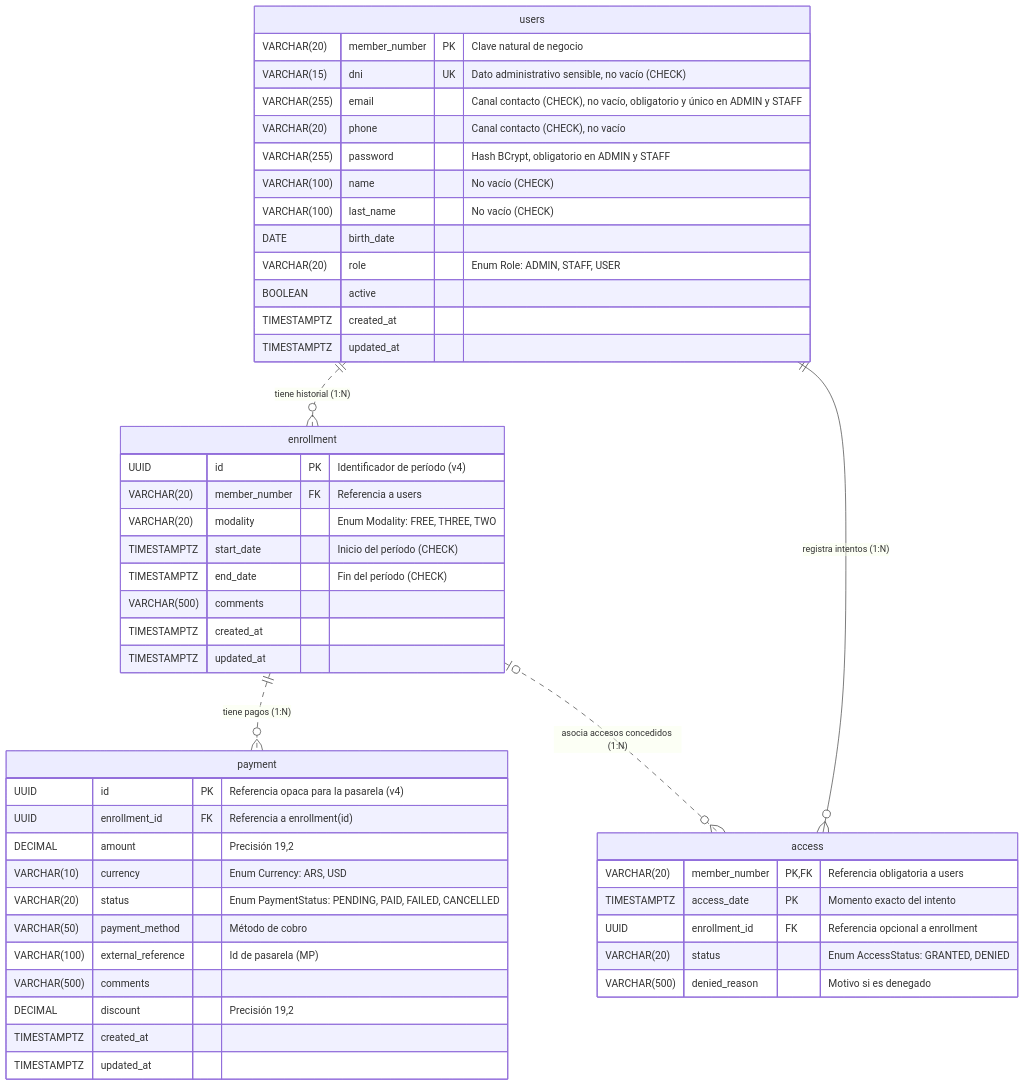
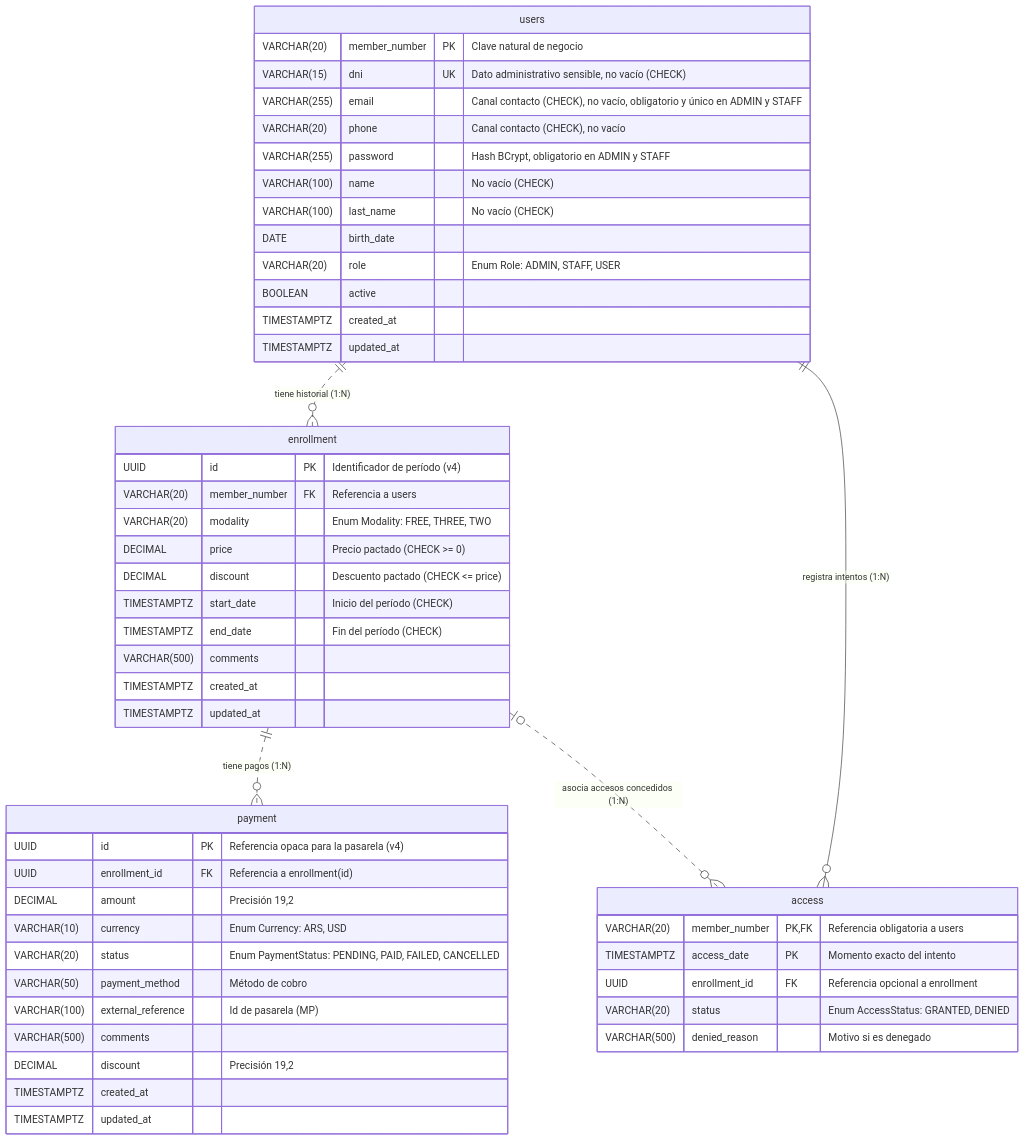
One commit to santiagovOK/TFI_grupo144 changed the diagram in docs/entidades.md. Above: the diagram before and after it, drawn with Mermaid. The commit also changed other lines of this file and 2 other files, not shown here.

Commit message:
refactor(schema): add price and discount fields with integrity constraints

````diff
--- a/docs/entidades.md
+++ b/docs/entidades.md
@@ -7,51 +7,53 @@
 ```mermaid
 erDiagram
     users {
         VARCHAR(20) member_number PK "Clave natural de negocio"
         VARCHAR(15) dni UK "Dato administrativo sensible, no vacío (CHECK)"
         VARCHAR(255) email "Canal contacto (CHECK), no vacío, obligatorio y único en ADMIN y STAFF"
         VARCHAR(20) phone "Canal contacto (CHECK), no vacío"
         VARCHAR(255) password "Hash BCrypt, obligatorio en ADMIN y STAFF"
         VARCHAR(100) name "No vacío (CHECK)"
         VARCHAR(100) last_name "No vacío (CHECK)"
         DATE birth_date
         VARCHAR(20) role "Enum Role: ADMIN, STAFF, USER"
         BOOLEAN active
         TIMESTAMPTZ created_at
         TIMESTAMPTZ updated_at
     }
     enrollment {
         UUID id PK "Identificador de período (v4)"
         VARCHAR(20) member_number FK "Referencia a users"
         VARCHAR(20) modality "Enum Modality: FREE, THREE, TWO"
+        DECIMAL price "Precio pactado (CHECK >= 0)"
+        DECIMAL discount "Descuento pactado (CHECK <= price)"
         TIMESTAMPTZ start_date "Inicio del período (CHECK)"
         TIMESTAMPTZ end_date "Fin del período (CHECK)"
         VARCHAR(500) comments
         TIMESTAMPTZ created_at
         TIMESTAMPTZ updated_at
     }
     payment {
         UUID id PK "Referencia opaca para la pasarela (v4)"
         UUID enrollment_id FK "Referencia a enrollment(id)"
         DECIMAL amount "Precisión 19,2"
         VARCHAR(10) currency "Enum Currency: ARS, USD"
         VARCHAR(20) status "Enum PaymentStatus: PENDING, PAID, FAILED, CANCELLED"
         VARCHAR(50) payment_method "Método de cobro"
         VARCHAR(100) external_reference "Id de pasarela (MP)"
         VARCHAR(500) comments
         DECIMAL discount "Precisión 19,2"
         TIMESTAMPTZ created_at
         TIMESTAMPTZ updated_at
     }
     access {
         VARCHAR(20) member_number PK,FK "Referencia obligatoria a users"
         TIMESTAMPTZ access_date PK "Momento exacto del intento"
         UUID enrollment_id FK "Referencia opcional a enrollment"
         VARCHAR(20) status "Enum AccessStatus: GRANTED, DENIED"
         VARCHAR(500) denied_reason "Motivo si es denegado"
     }
     users ||..o{ enrollment : "tiene historial (1:N)"
     users ||--o{ access : "registra intentos (1:N)"
     enrollment ||..o{ payment : "tiene pagos (1:N)"
     enrollment |o..o{ access : "asocia accesos concedidos (1:N)"
 ```
````
